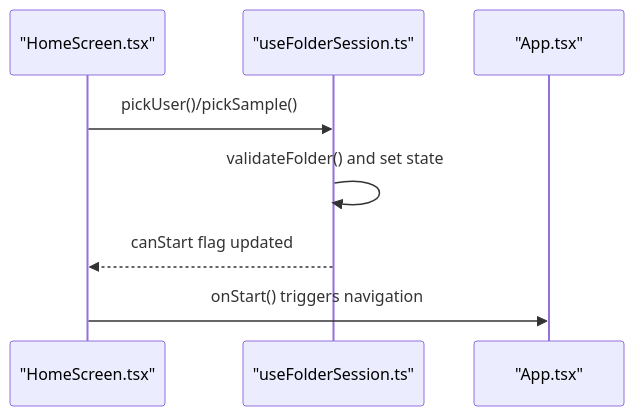
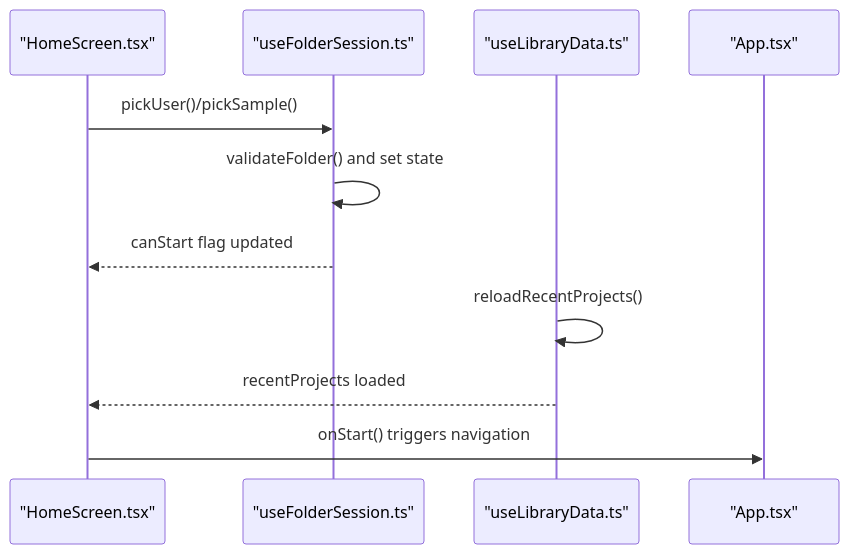
One commit to satyrlord/mixjam-electron changed the seventh of 11 diagrams in .qoder/repowiki/en/content/Session Management.md. Above: the diagram before and after it, drawn with Mermaid. The commit also changed other lines of this file and 104 other files, not shown here.

First line of the commit message:
fix(config): update markdownlint schema and cleanup ignored paths

````diff
--- a/.qoder/repowiki/en/content/Session Management.md
+++ b/.qoder/repowiki/en/content/Session Management.md
@@ -336,10 +319,13 @@
 ```mermaid
 sequenceDiagram
 participant UI as "HomeScreen.tsx"
 participant Hook as "useFolderSession.ts"
+participant Library as "useLibraryData.ts"
 participant App as "App.tsx"
 UI->>Hook : pickUser()/pickSample()
 Hook->>Hook : validateFolder() and set state
 Hook-->>UI : canStart flag updated
+Library->>Library : reloadRecentProjects()
+Library-->>UI : recentProjects loaded
 UI->>App : onStart() triggers navigation
 ```
````
